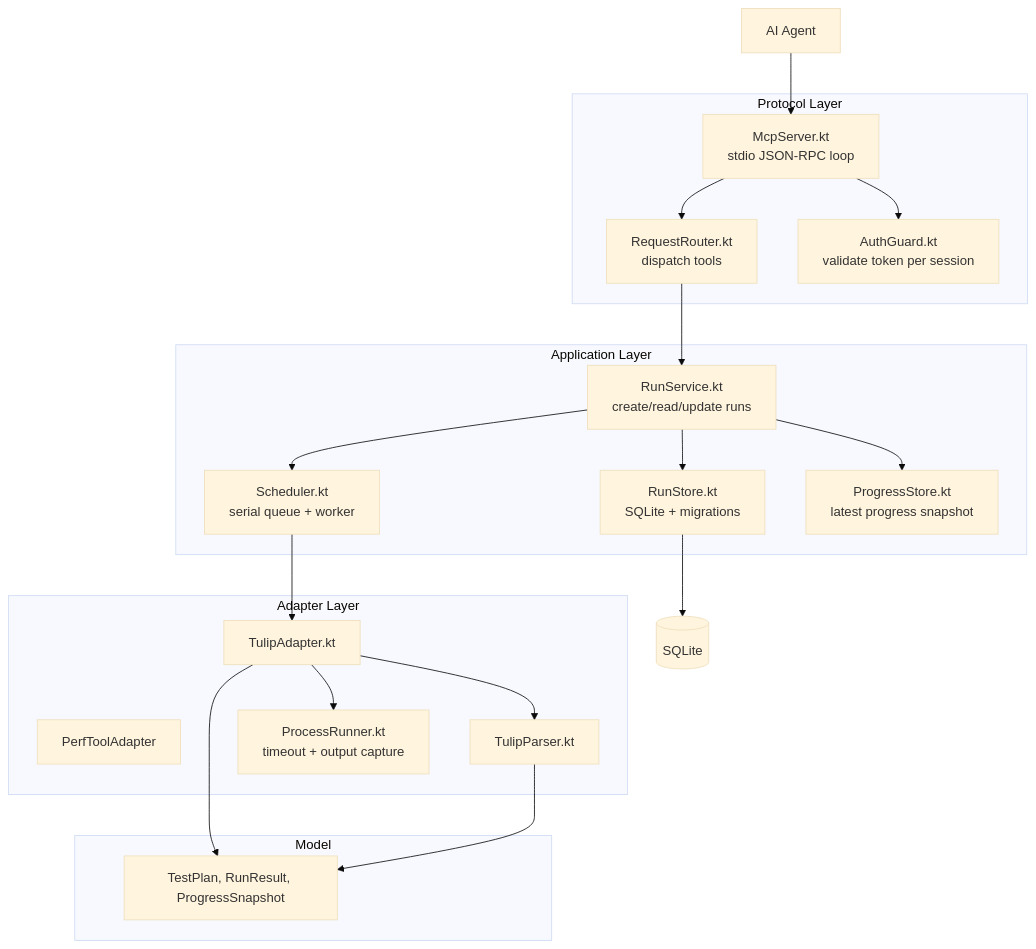
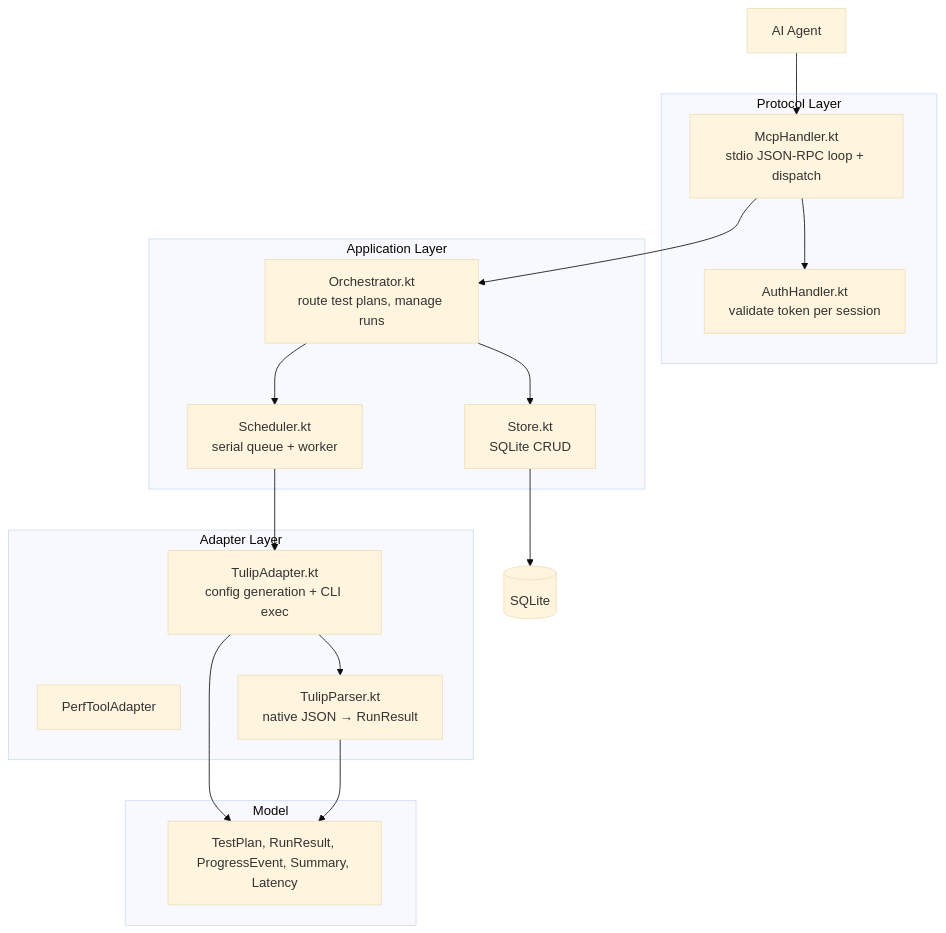
Before and after one commit to bmvanwyk/Boehm: the second of 5 diagrams in docs/architecture.md, drawn with Mermaid (base theme). The commit also changed other lines of this file and 9 other files, not shown here.

Commit message:
Fix TulipAdapter to match real Tulip CLI: --config <file> instead of fake flags, parser handles results[] with ns timing, integration test uses Gradle wrapper

````diff
--- a/docs/architecture.md
+++ b/docs/architecture.md
@@ -59,42 +59,36 @@
 ```mermaid
 graph TB
     subgraph "Protocol Layer"
-        McpServer["McpServer.kt<br/>stdio JSON-RPC loop"]
-        RequestRouter["RequestRouter.kt<br/>dispatch tools"]
-        AuthGuard["AuthGuard.kt<br/>validate token per session"]
+        McpHandler["McpHandler.kt<br/>stdio JSON-RPC loop + dispatch"]
+        AuthHandler["AuthHandler.kt<br/>validate token per session"]
     end
 
     subgraph "Application Layer"
-        RunService["RunService.kt<br/>create/read/update runs"]
+        Orchestrator["Orchestrator.kt<br/>route test plans, manage runs"]
         Scheduler["Scheduler.kt<br/>serial queue + worker"]
-        RunStore["RunStore.kt<br/>SQLite + migrations"]
-        ProgressStore["ProgressStore.kt<br/>latest progress snapshot"]
+        Store["Store.kt<br/>SQLite CRUD"]
     end
 
     subgraph "Adapter Layer"
         AdapterInterface["PerfToolAdapter"]
-        TulipAdapter["TulipAdapter.kt"]
-        TulipParser["TulipParser.kt"]
-        ProcessRunner["ProcessRunner.kt<br/>timeout + output capture"]
+        TulipAdapter["TulipAdapter.kt<br/>config generation + CLI exec"]
+        TulipParser["TulipParser.kt<br/>native JSON → RunResult"]
     end
 
     subgraph "Model"
-        Models["TestPlan, RunResult, ProgressSnapshot"]
+        Models["TestPlan, RunResult, ProgressEvent, Summary, Latency"]
     end
 
     Agent["AI Agent"]
 
-    Agent --> McpServer
-    McpServer --> AuthGuard
-    McpServer --> RequestRouter
-    RequestRouter --> RunService
-    RunService --> Scheduler
-    RunService --> RunStore
-    RunService --> ProgressStore
+    Agent --> McpHandler
+    McpHandler --> AuthHandler
+    McpHandler --> Orchestrator
+    Orchestrator --> Scheduler
+    Orchestrator --> Store
     Scheduler --> TulipAdapter
-    TulipAdapter --> ProcessRunner
     TulipAdapter --> TulipParser
     TulipAdapter --> Models
     TulipParser --> Models
-    RunStore --> SQLite[(SQLite)]
+    Store --> SQLite[(SQLite)]
 ```
````
